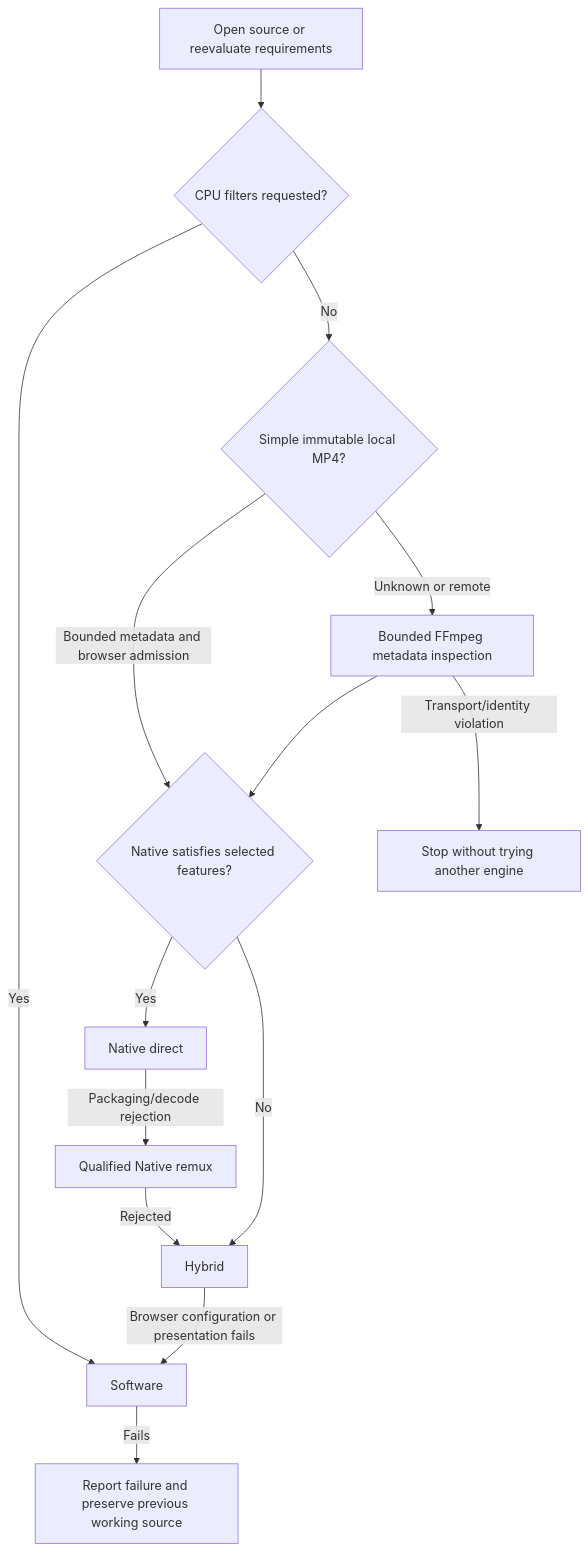
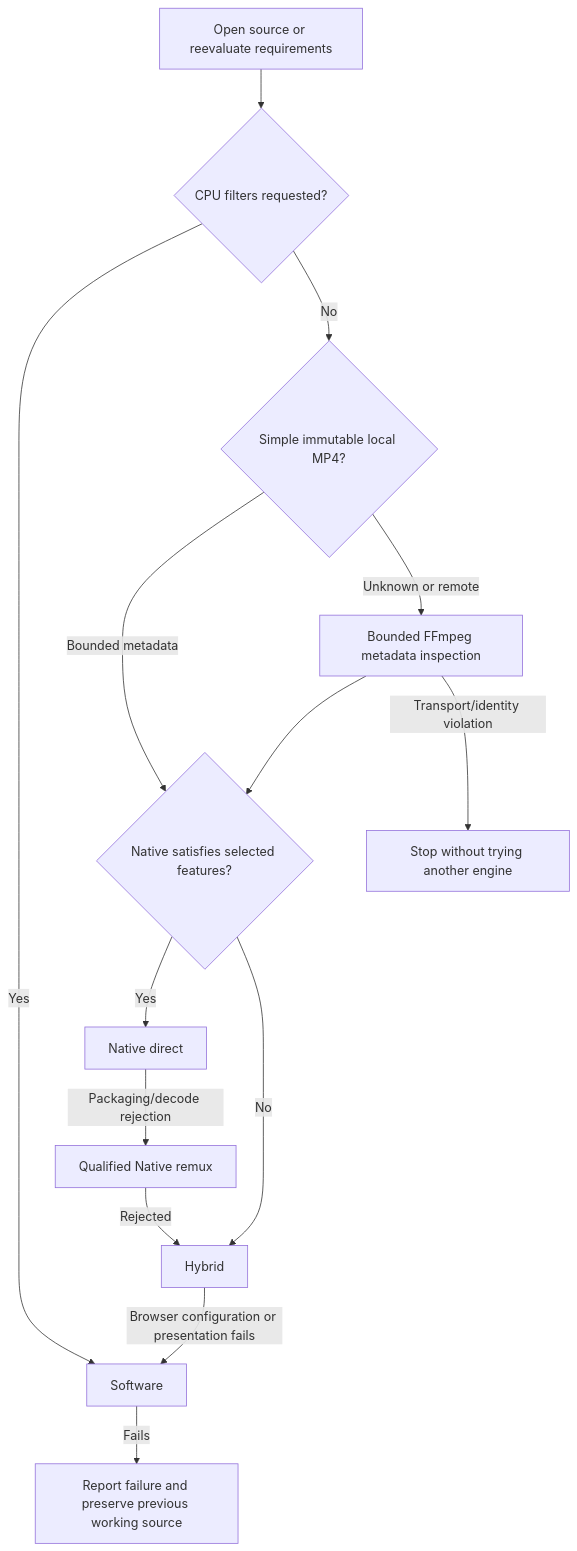
One commit to Jagalite/demuxe changed the diagram in docs/AUTOMATIC-SELECTION.md. Above: the diagram before and after it, drawn with Mermaid. The commit also changed other lines of this file and 32 other files, not shown here.

````diff
--- a/docs/AUTOMATIC-SELECTION.md
+++ b/docs/AUTOMATIC-SELECTION.md
@@ -23,16 +23,16 @@
 ```mermaid
 flowchart TD
     S[Open source or reevaluate requirements] --> F{CPU filters requested?}
     F -->|Yes| SW[Software]
     F -->|No| C{Simple immutable local MP4?}
-    C -->|Bounded metadata and browser admission| N
+    C -->|Bounded metadata| N
     C -->|Unknown or remote| P[Bounded FFmpeg metadata inspection]
     P --> N{Native satisfies selected features?}
     N -->|Yes| D[Native direct]
     D -->|Packaging/decode rejection| R[Qualified Native remux]
     N -->|No| H[Hybrid]
     R -->|Rejected| H
     H -->|Browser configuration or presentation fails| SW
     SW -->|Fails| E[Report failure and preserve previous working source]
     P -->|Transport/identity violation| T[Stop without trying another engine]
 ```
````
